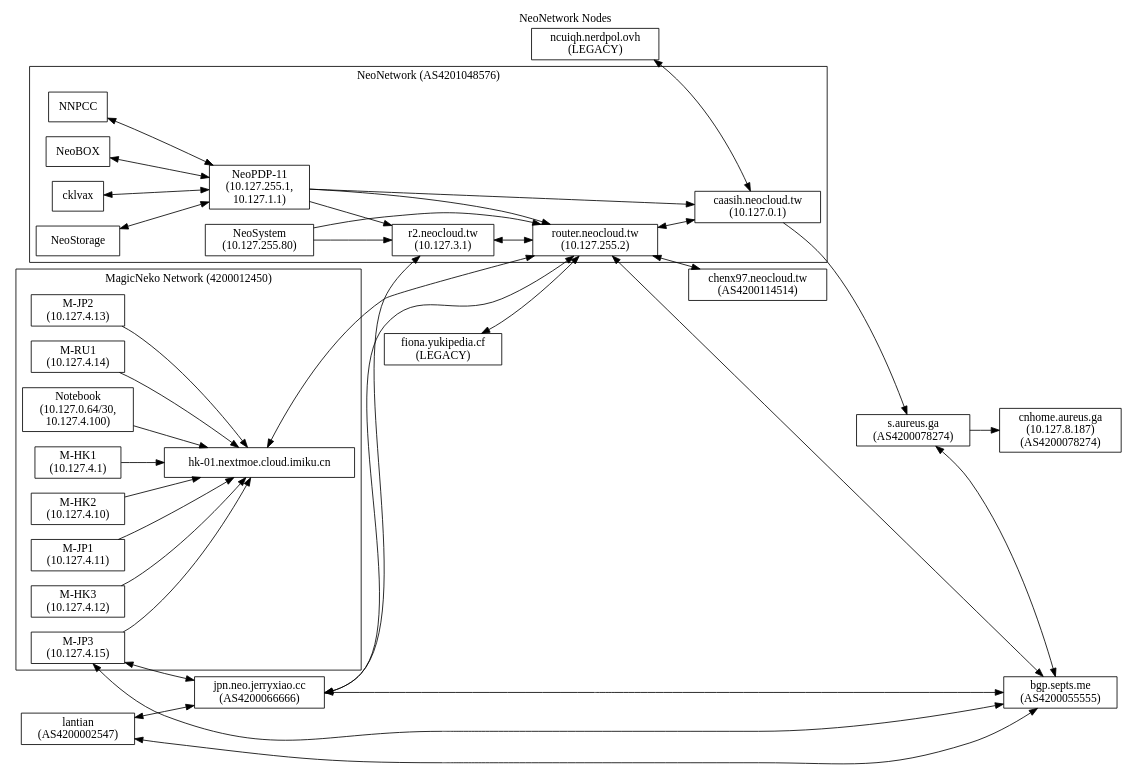
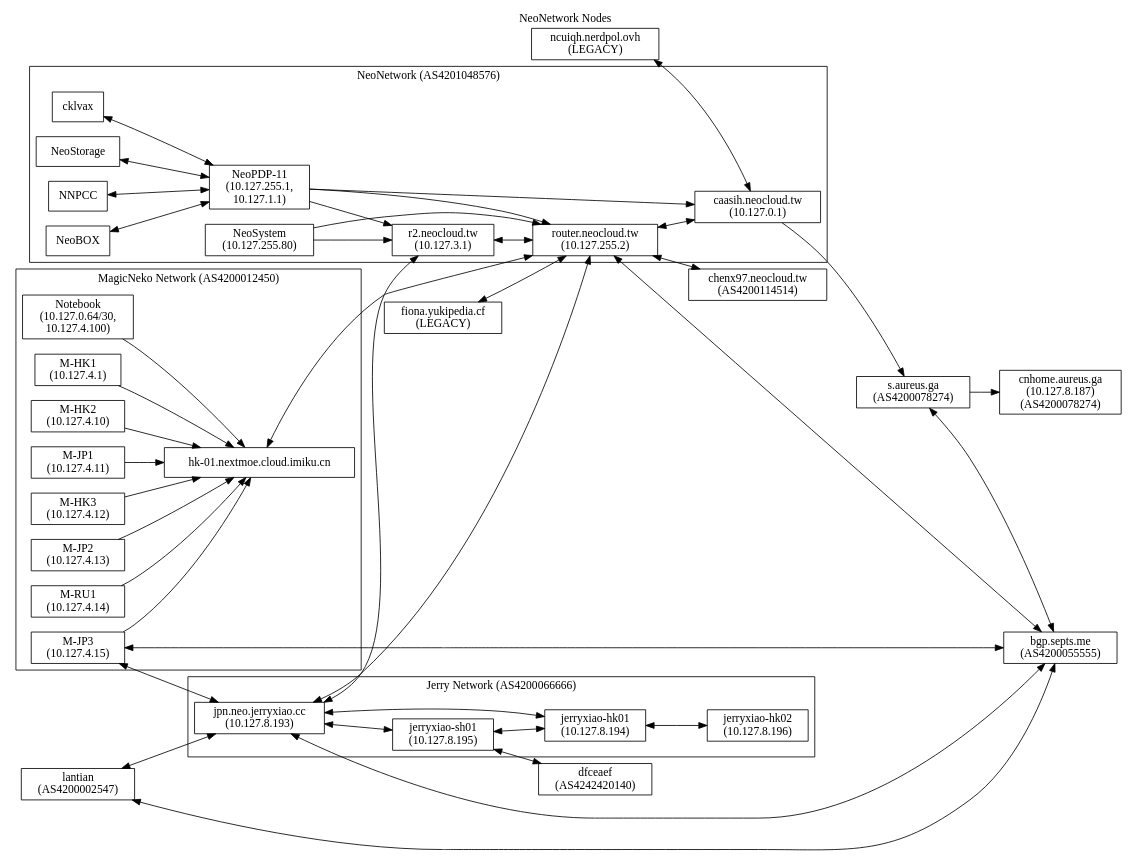
One commit to NeoCloud/NeoNetwork changed the diagram in nodes.dot. Above: the diagram before and after it, drawn with Graphviz. The commit also changed 1 other file, not shown here.

```diff
--- a/nodes.dot
+++ b/nodes.dot
@@ -1,77 +1,92 @@
 digraph "NeoNetwork Nodes"
 {
 	label="NeoNetwork Nodes";
 	labelloc="t";
 	rankdir=LR;
 	node [shape=box]
 	c [label="caasih.neocloud.tw\n(10.127.0.1)"]
 	ucbvax [label="router.neocloud.tw\n(10.127.255.2)"]
 	np11 [label="NeoPDP-11\n(10.127.255.1,\n10.127.1.1)"]
 	ns [label="NeoSystem\n(10.127.255.80)"]
 	ncuiqh [label="ncuiqh.nerdpol.ovh\n(LEGACY)"]
 	fionaLHS [label="fiona.yukipedia.cf\n(LEGACY)"]
 	pan [label="r2.neocloud.tw\n(10.127.3.1)"]
 	icecat_Explosion [label="hk-01.nextmoe.cloud.imiku.cn"]
 	icecat_Notebook [label="Notebook\n(10.127.0.64/30,\n10.127.4.100)"]
 	magicneko_HK01 [label="M-HK1\n(10.127.4.1)"]
 	magicneko_HK02 [label="M-HK2\n(10.127.4.10)"]
 	magicneko_JP01 [label="M-JP1\n(10.127.4.11)"]
 	magicneko_HK03 [label="M-HK3\n(10.127.4.12)"]
 	magicneko_JP02 [label="M-JP2\n(10.127.4.13)"]
 	magicneko_RU01 [label="M-RU1\n(10.127.4.14)"]
 	magicneko_JP03 [label="M-JP3\n(10.127.4.15)"]
 	staph [label="s.aureus.ga\n(AS4200078274)"]
 	staph_CN [label="cnhome.aureus.ga\n(10.127.8.187)\n(AS4200078274)"]
 	chenx97 [label="chenx97.neocloud.tw\n(AS4200114514)"]
-	JerryXiao [label="jpn.neo.jerryxiao.cc\n(AS4200066666)"]
+	JerryXiao [label="jpn.neo.jerryxiao.cc\n(10.127.8.193)"]
+	JerryXiao_SH01 [label="jerryxiao-sh01\n(10.127.8.195)"]
+	JerryXiao_HK01 [label="jerryxiao-hk01\n(10.127.8.194)"]
+	JerryXiao_HK02 [label="jerryxiao-hk02\n(10.127.8.196)"]
 	septs [label="bgp.septs.me\n(AS4200055555)"]
 	lantian [label="lantian\n(AS4200002547)"]
+	dfceaef [label="dfceaef\n(AS4242420140)"]
 
 	subgraph cluster_AS4201048576
 	{
 		label = "NeoNetwork (AS4201048576)";
 
 		NNPCC -> np11 [dir=both]
 		NeoBOX -> np11 [dir=both]
 		cklvax -> np11 [dir=both]
 		NeoStorage -> np11 [dir=both]
 		np11 -> ucbvax
 		np11 -> pan
 		np11 -> c
 		ucbvax -> c [dir=both]
 		ns -> ucbvax
 		ns -> pan
 		pan -> ucbvax [dir=both]
 	}
 
 	ncuiqh -> c [dir=both]
 	fionaLHS -> ucbvax [dir=both]
 	icecat_Explosion -> ucbvax [dir=both]
 	c -> staph
 	staph -> staph_CN
 	ucbvax -> chenx97 [dir=both]
 
 	subgraph cluster_AS4200012450
 	{
-		label="MagicNeko Network (4200012450)";
+		label="MagicNeko Network (AS4200012450)";
 
 		magicneko_HK01-> icecat_Explosion
 		magicneko_HK02-> icecat_Explosion
 		magicneko_JP01 -> icecat_Explosion
 		magicneko_HK03 -> icecat_Explosion
 		magicneko_JP02 -> icecat_Explosion
 		magicneko_RU01 -> icecat_Explosion
 		magicneko_JP03 -> icecat_Explosion
 		icecat_Notebook -> icecat_Explosion
 	}
 
+	subgraph cluster_AS4200066666
+	{
+		label="Jerry Network (AS4200066666)";
+
+		JerryXiao -> JerryXiao_SH01 [dir=both]
+		JerryXiao -> JerryXiao_HK01 [dir=both]
+		JerryXiao_SH01 -> JerryXiao_HK01 [dir=both]
+		JerryXiao_HK01 -> JerryXiao_HK02 [dir=both]
+	}
+
 	JerryXiao -> pan [dir=both]
 	JerryXiao -> ucbvax [dir=both]
+	JerryXiao -> septs [dir=both]
+	JerryXiao_SH01 -> dfceaef [dir=both]
 	magicneko_JP03 -> JerryXiao [dir=both]
 	lantian -> septs [dir=both]
 	lantian -> JerryXiao [dir=both]
-	JerryXiao -> septs [dir=both]
 	magicneko_JP03 -> septs [dir=both]
 	staph -> septs [dir=both]
 	ucbvax -> septs [dir=both]
 }
```
